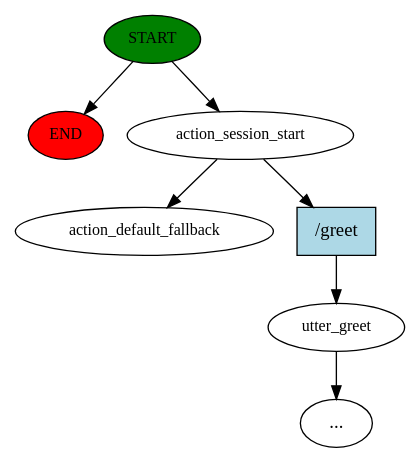
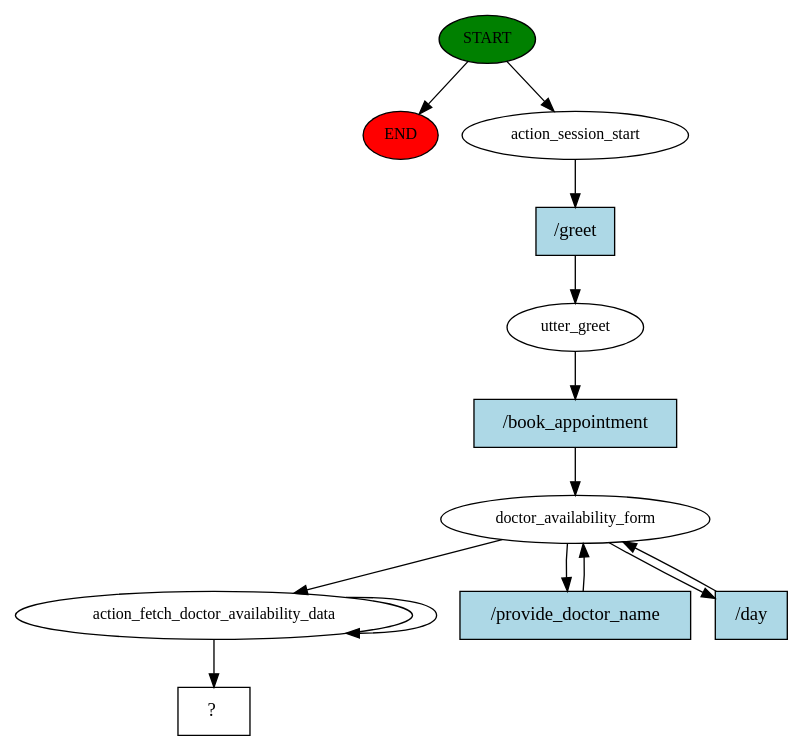
Before and after one commit to jathushan-r/MediCareBuddy: the diagram in story_graph.dot, drawn with Graphviz. The commit also changed 13 other files, not shown here.

```diff
--- a/story_graph.dot
+++ b/story_graph.dot
@@ -1,15 +1,26 @@
 digraph  {
 0 [class="start active", fillcolor=green, fontsize=12, label=START, style=filled];
 "-1" [class=end, fillcolor=red, fontsize=12, label=END, style=filled];
 1 [class=active, fontsize=12, label=action_session_start];
-2 [class="", fontsize=12, label=utter_greet];
-"-3" [class=ellipsis, label="..."];
-4 [class="dashed active", fontsize=12, label=action_default_fallback];
-5 [class=intent, fillcolor=lightblue, label="/greet", shape=rect, style=filled];
+2 [class=active, fontsize=12, label=utter_greet];
+3 [class=active, fontsize=12, label=doctor_availability_form];
+6 [class=active, fontsize=12, label=action_fetch_doctor_availability_data];
+12 [class="intent dashed active", label="  ?  ", shape=rect];
+13 [class="intent active", fillcolor=lightblue, label="/greet", shape=rect, style=filled];
+14 [class="intent active", fillcolor=lightblue, label="/book_appointment", shape=rect, style=filled];
+15 [class="intent active", fillcolor=lightblue, label="/provide_doctor_name", shape=rect, style=filled];
+16 [class="intent active", fillcolor=lightblue, label="/day", shape=rect, style=filled];
 0 -> "-1"  [class="", key=NONE, label=""];
 0 -> 1  [class=active, key=NONE, label=""];
-1 -> 4  [class=active, key=NONE, label=""];
-1 -> 5  [class="", key=0];
-2 -> "-3"  [class="", key=NONE, label=""];
-5 -> 2  [class="", key=0];
+1 -> 13  [class=active, key=0];
+2 -> 14  [class=active, key=0];
+3 -> 6  [class=active, key=NONE, label=""];
+3 -> 15  [class=active, key=0];
+3 -> 16  [class=active, key=0];
+6 -> 6  [class=active, key=NONE, label=""];
+6 -> 12  [class=active, key=NONE, label=""];
+13 -> 2  [class=active, key=0];
+14 -> 3  [class=active, key=0];
+15 -> 3  [class=active, key=0];
+16 -> 3  [class=active, key=0];
 }
```
